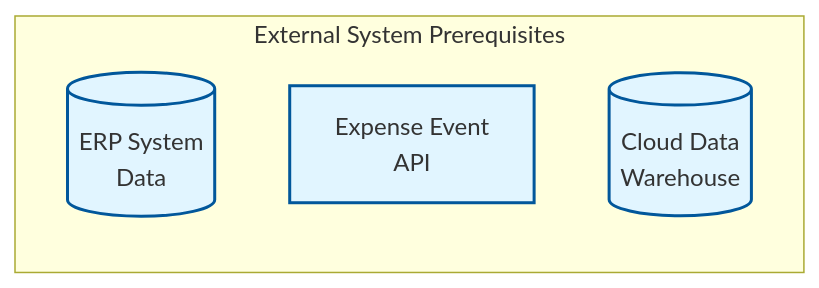
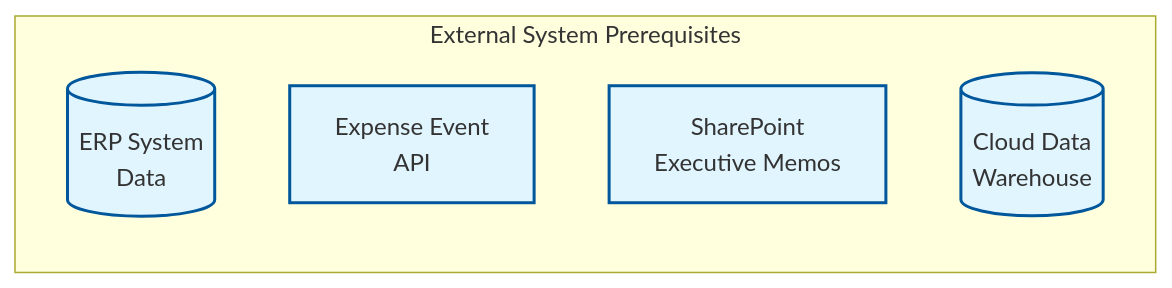
Before and after one commit to leojacinto/WorkflowDataFabric-TypeA: the first of 4 diagrams in 0_WDF_Diagrams.md, drawn with Mermaid.

Commit message:
GITBOOK-21: No subject

````diff
--- a/0_WDF_Diagrams.md
+++ b/0_WDF_Diagrams.md
@@ -13,24 +13,24 @@
 ```mermaid
 graph LR
     subgraph "External System Prerequisites"
         ERP[(ERP System<br/>Data)]
         ExpenseAPI[Expense Event<br/>API]
- 
+        SharePoint[SharePoint<br/>Executive Memos]
         CDW[(Cloud Data<br/>Warehouse)]
     end
 
     %% Styling
     classDef external fill:#e1f5ff,stroke:#01579b,stroke-width:2px
     classDef integration fill:#fff3e0,stroke:#e65100,stroke-width:2px
     classDef zeroCopy fill:#f3e5f5,stroke:#4a148c,stroke-width:2px
     classDef native fill:#e8f5e9,stroke:#1b5e20,stroke-width:2px
     classDef ai fill:#fff9c4,stroke:#f57f17,stroke-width:2px
     classDef user fill:#e3f2fd,stroke:#1565c0,stroke-width:3px
 
     class ERP,ExpenseAPI,SharePoint,CDW external
     class ZeroCopySQL,ZeroCopyERP,IntHub,ExtContent integration
     class ZCCC,ZCCH,ZCExp zeroCopy
     class ExpenseTable,FinCase,FinVar native
     class Agent1,Agent2,RAG,NASK,FlowAction,MCP,MCPC,GGraph,NLQuery,Lens,DocIntel ai
     class Employee,EC,ClaudeDesktop user
 ```
````
